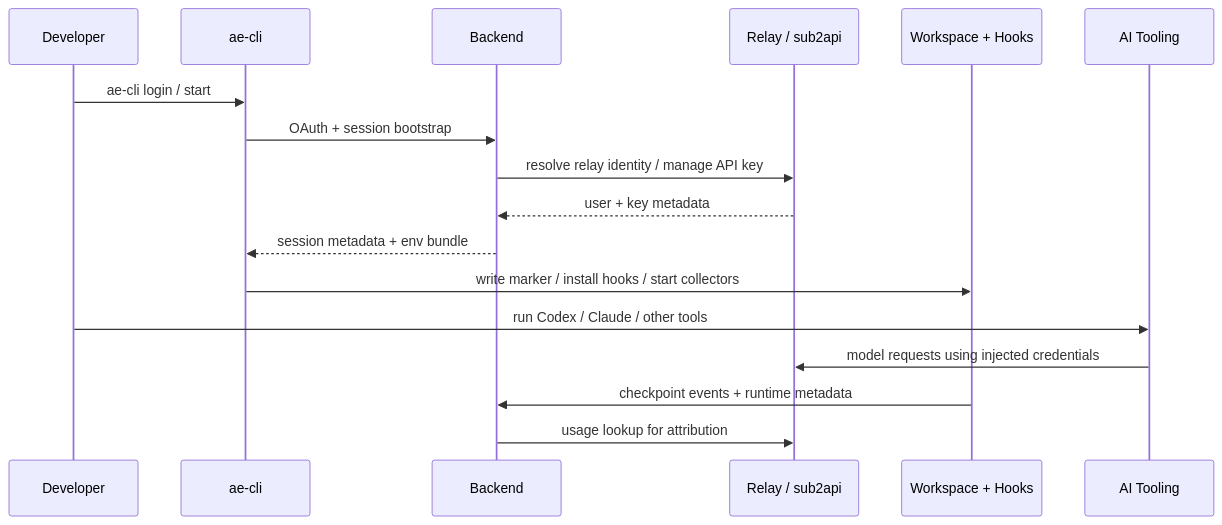
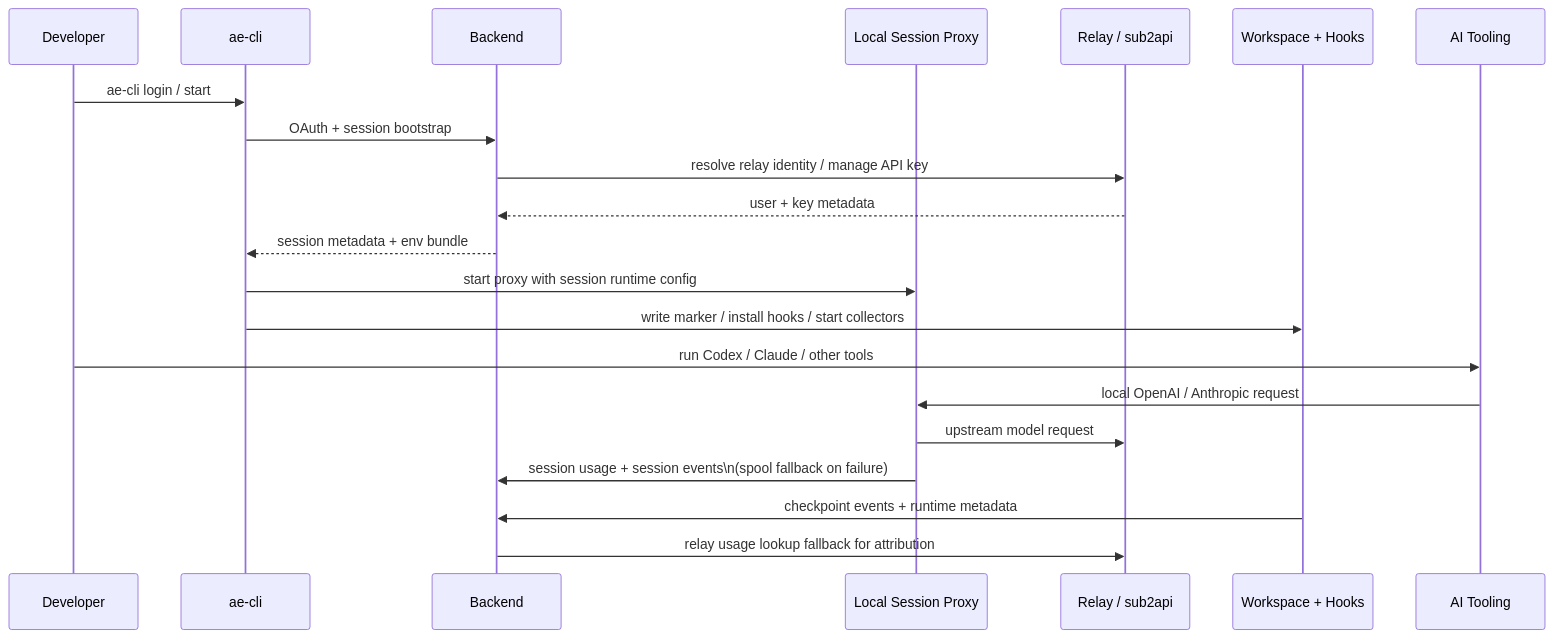
One commit to LichKing-2234/ai-efficiency changed the second of 3 diagrams in docs/architecture.md. Above: the diagram before and after it, drawn with Mermaid. The commit also changed other lines of this file and 6 other files, not shown here.

Commit message:
docs(specs): clarify spec lineage and architecture ownership

````diff
--- a/docs/architecture.md
+++ b/docs/architecture.md
@@ -48,20 +58,24 @@
 ```mermaid
 sequenceDiagram
     participant Dev as Developer
     participant CLI as ae-cli
     participant BE as Backend
+    participant Proxy as Local Session Proxy
     participant Relay as Relay / sub2api
     participant WS as Workspace + Hooks
     participant Tool as AI Tooling
 
     Dev->>CLI: ae-cli login / start
     CLI->>BE: OAuth + session bootstrap
     BE->>Relay: resolve relay identity / manage API key
     Relay-->>BE: user + key metadata
     BE-->>CLI: session metadata + env bundle
+    CLI->>Proxy: start proxy with session runtime config
     CLI->>WS: write marker / install hooks / start collectors
     Dev->>Tool: run Codex / Claude / other tools
-    Tool->>Relay: model requests using injected credentials
+    Tool->>Proxy: local OpenAI / Anthropic request
+    Proxy->>Relay: upstream model request
+    Proxy->>BE: session usage + session events\n(spool fallback on failure)
     WS->>BE: checkpoint events + runtime metadata
-    BE->>Relay: usage lookup for attribution
+    BE->>Relay: relay usage lookup fallback for attribution
 ```
````
